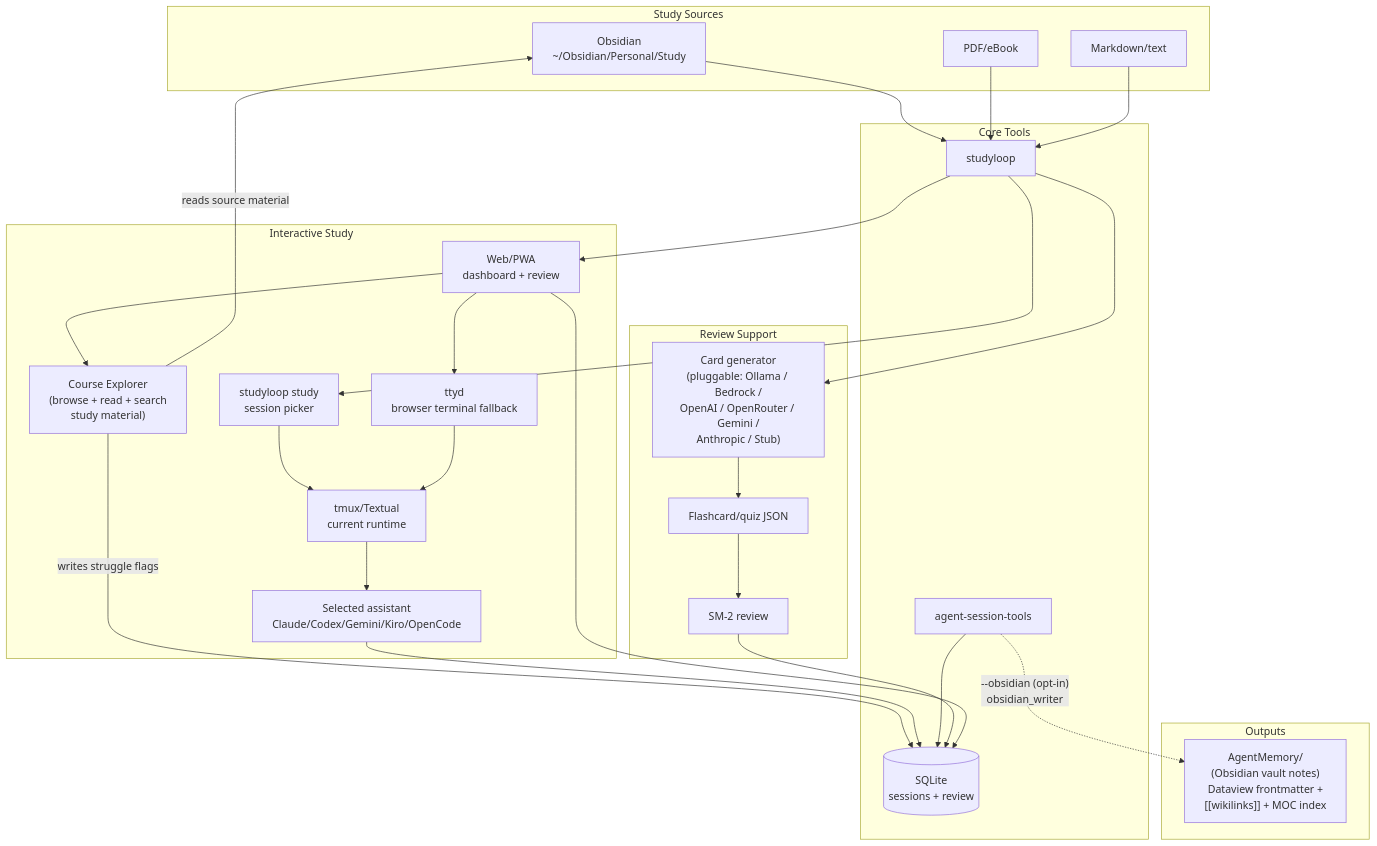
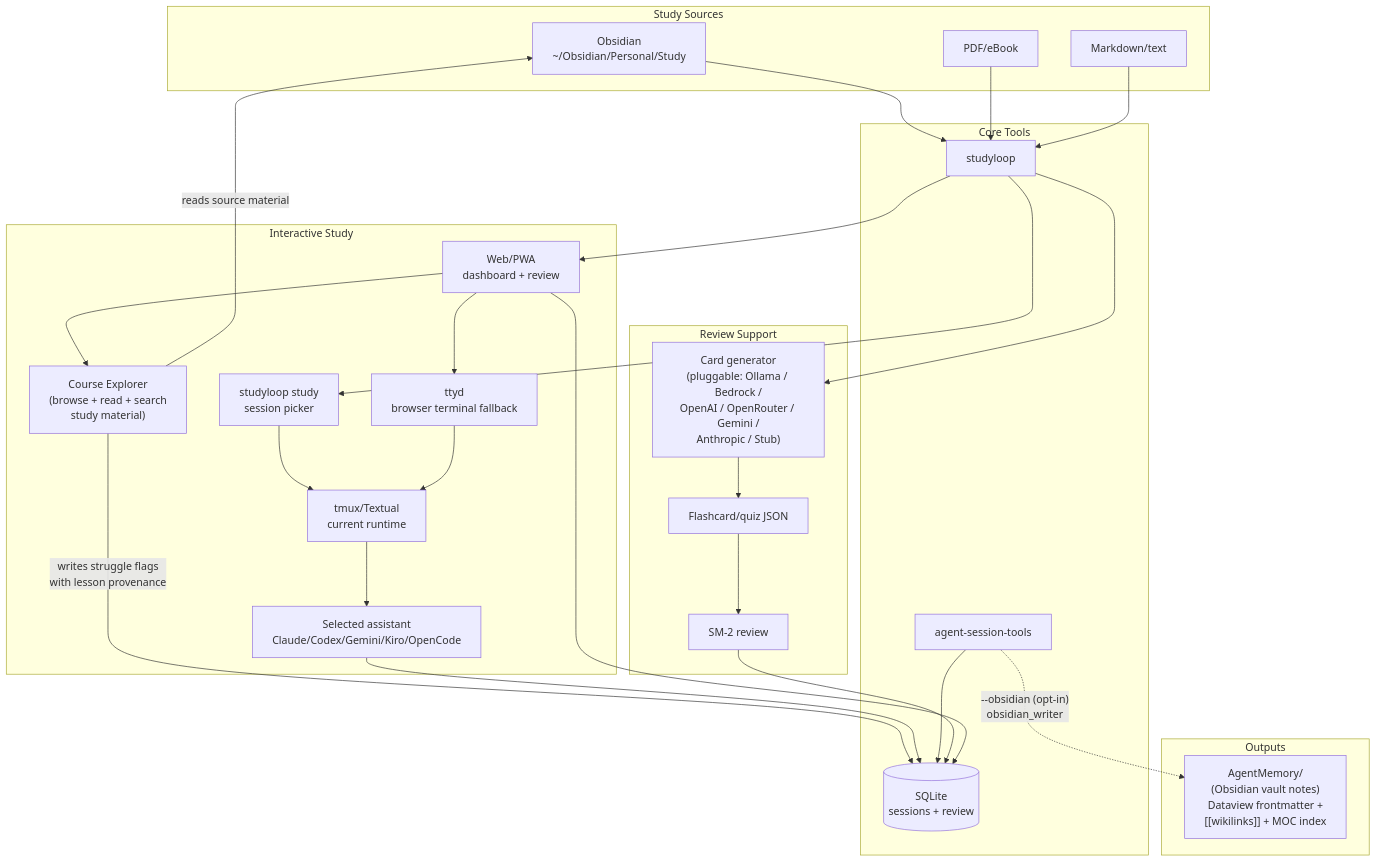
One commit to NetDevAutomate/StudyLoop changed the first of 4 diagrams in docs/system-overview.md. Above: the diagram before and after it, drawn with Mermaid. The commit also changed other lines of this file and 6 other files, not shown here.

First line of the commit message:
docs: align wave quality architecture docs

````diff
--- a/docs/system-overview.md
+++ b/docs/system-overview.md
@@ -14,54 +14,54 @@
 ```mermaid
 flowchart TB
     subgraph "Study Sources"
         Obsidian["Obsidian<br/>~/Obsidian/Personal/Study"]
         PDF["PDF/eBook"]
         Text["Markdown/text"]
     end
 
     subgraph "Core Tools"
         StudyLoop["studyloop"]
         AST["agent-session-tools"]
         DB[("SQLite<br/>sessions + review")]
     end
 
     subgraph "Interactive Study"
         Picker["studyloop study<br/>session picker"]
         Agent["Selected assistant<br/>Claude/Codex/Gemini/Kiro/OpenCode"]
         Tmux["tmux/Textual<br/>current runtime"]
         Web["Web/PWA<br/>dashboard + review"]
         Explorer["Course Explorer<br/>(browse + read + search<br/>study material)"]
         TTYD["ttyd<br/>browser terminal fallback"]
     end
 
     subgraph "Review Support"
         Generator["Card generator<br/>(pluggable: Ollama / Bedrock /<br/>OpenAI / OpenRouter / Gemini /<br/>Anthropic / Stub)"]
         JSON["Flashcard/quiz JSON"]
         Review["SM-2 review"]
     end
 
     subgraph "Outputs"
         AgentMemory["AgentMemory/<br/>(Obsidian vault notes)<br/>Dataview frontmatter +<br/>[[wikilinks]] + MOC index"]
     end
 
     Obsidian --> StudyLoop
     PDF --> StudyLoop
     Text --> StudyLoop
     StudyLoop --> Picker
     Picker --> Tmux
     Tmux --> Agent
     StudyLoop --> Web
-    Web --> TTYD
+        Web --> TTYD
     Web --> Explorer
     Explorer -->|"reads source material"| Obsidian
-    Explorer -->|"writes struggle flags"| DB
+    Explorer -->|"writes struggle flags<br/>with lesson provenance"| DB
     TTYD --> Tmux
     Agent --> DB
     AST --> DB
     AST -.->|"--obsidian (opt-in)<br/>obsidian_writer"| AgentMemory
     StudyLoop --> Generator
     Generator --> JSON
     JSON --> Review
     Review --> DB
     Web --> DB
 ```
````
